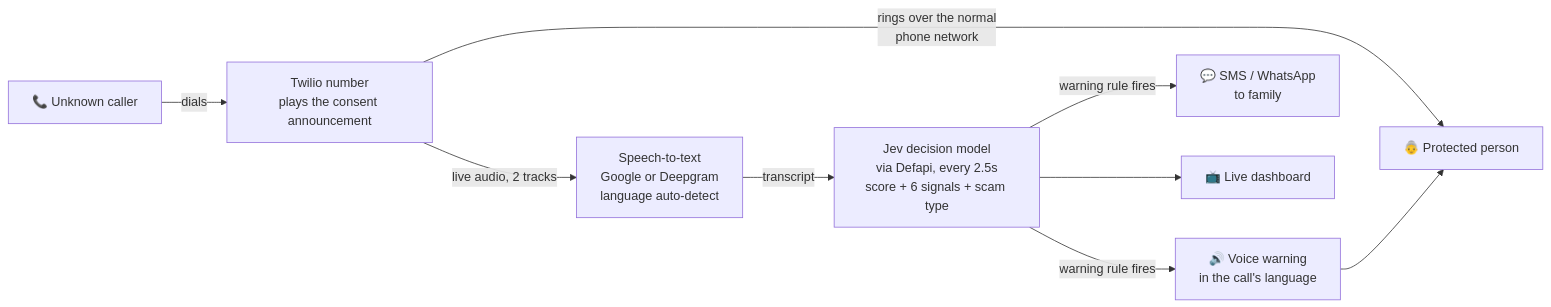
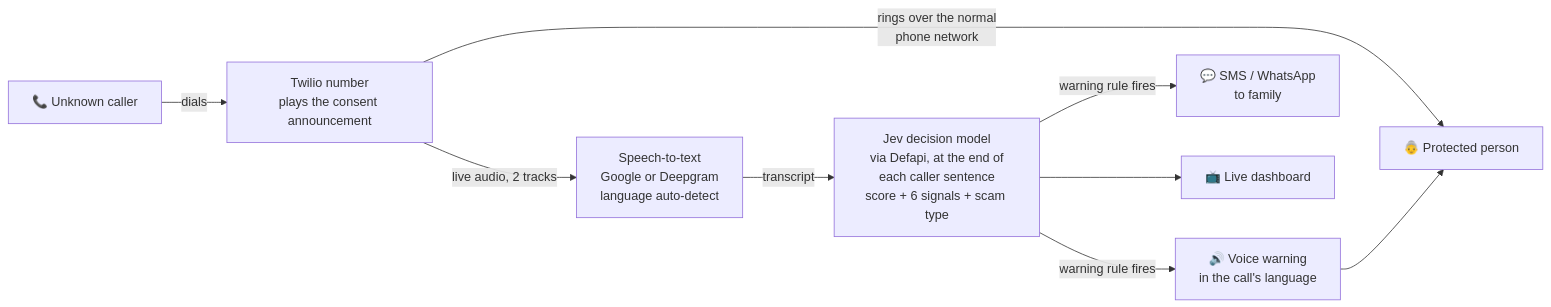
Before and after one commit to JunyiChi/guardian-line: the diagram in README.md, drawn with Mermaid. The commit also changed other lines of this file and 13 other files, not shown here.

First line of the commit message:
Check at the end of each caller sentence instead of on a timer

````diff
--- a/README.md
+++ b/README.md
@@ -28,11 +28,11 @@
 ```mermaid
 flowchart LR
     A[📞 Unknown caller] -->|dials| T[Twilio number<br/>plays the consent announcement]
     T -->|rings over the normal<br/>phone network| P[👵 Protected person]
     T -->|live audio, 2 tracks| STT[Speech-to-text<br/>Google or Deepgram<br/>language auto-detect]
-    STT -->|transcript| AI[Jev decision model<br/>via Defapi, every 2.5s<br/>score + 6 signals + scam type]
+    STT -->|transcript| AI[Jev decision model<br/>via Defapi, at the end of<br/>each caller sentence<br/>score + 6 signals + scam type]
     AI -->|warning rule fires| W[🔊 Voice warning<br/>in the call's language]
     AI -->|warning rule fires| S[💬 SMS / WhatsApp<br/>to family]
     AI --> D[📺 Live dashboard]
     W --> P
 ```
````
